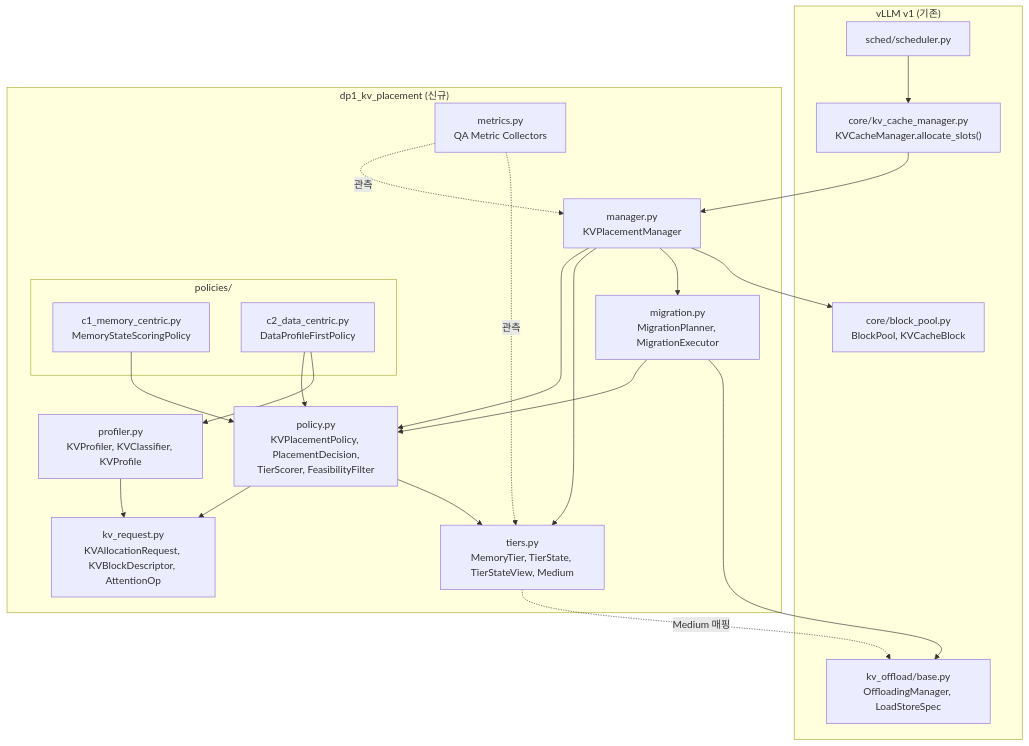
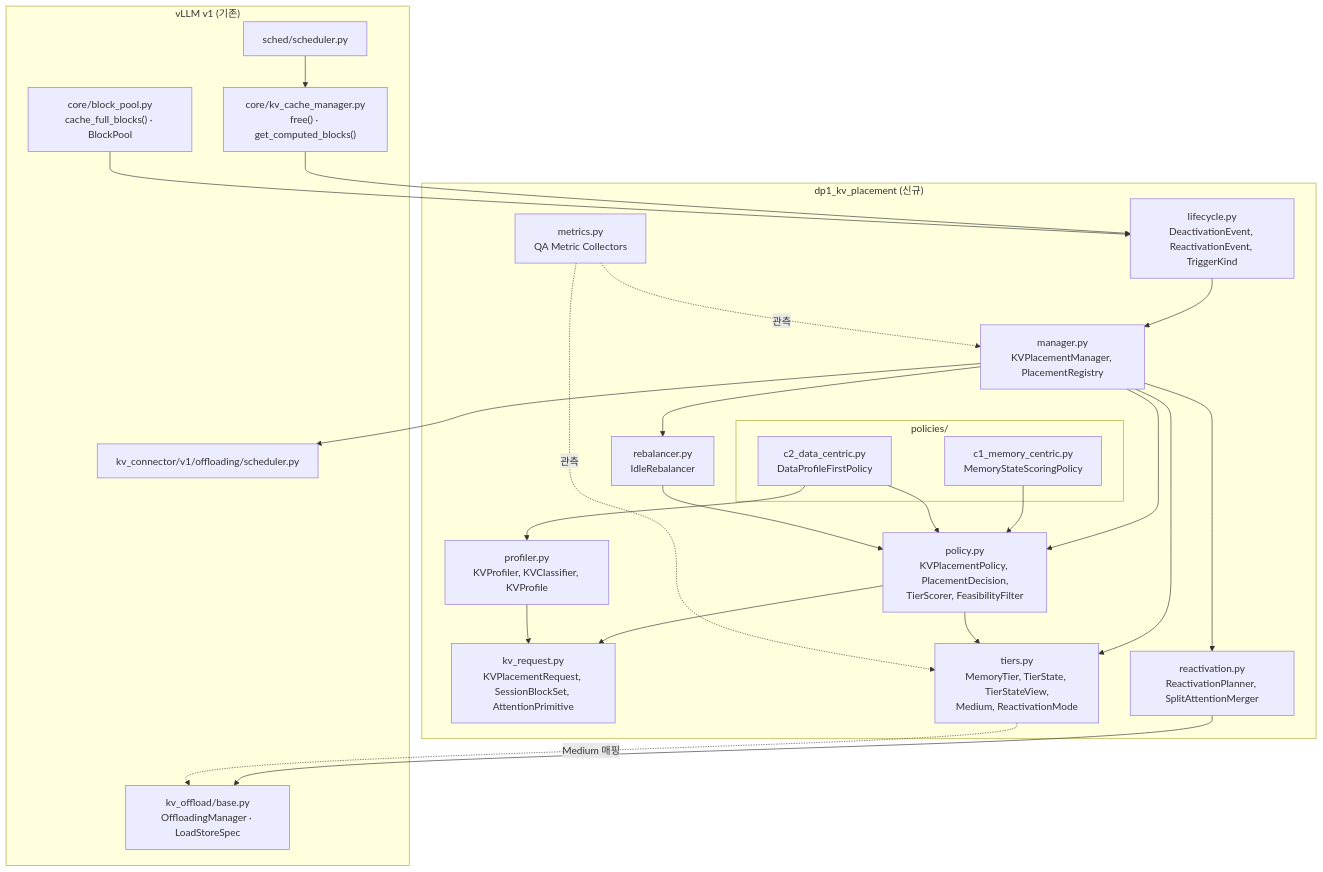
Before and after one commit to mkim0628/vllm: the first of 8 diagrams in doc-architect/dp1-implementation-uml.md, drawn with Mermaid. The commit also changed other lines of this file and 2 other files, not shown here.

````diff
--- a/doc-architect/dp1-implementation-uml.md
+++ b/doc-architect/dp1-implementation-uml.md
@@ -21,41 +22,47 @@
 ```mermaid
 graph TB
     subgraph vllm_v1["vLLM v1 (기존)"]
         sched["sched/scheduler.py"]
-        kvm["core/kv_cache_manager.py<br/>KVCacheManager.allocate_slots()"]
-        bp["core/block_pool.py<br/>BlockPool, KVCacheBlock"]
-        offbase["kv_offload/base.py<br/>OffloadingManager, LoadStoreSpec"]
+        kvm["core/kv_cache_manager.py<br/>free() · get_computed_blocks()"]
+        bp["core/block_pool.py<br/>cache_full_blocks() · BlockPool"]
+        offsched["kv_connector/v1/offloading/scheduler.py"]
+        offbase["kv_offload/base.py<br/>OffloadingManager · LoadStoreSpec"]
     end
 
     subgraph dp1["dp1_kv_placement (신규)"]
-        manager["manager.py<br/>KVPlacementManager"]
-        request["kv_request.py<br/>KVAllocationRequest, KVBlockDescriptor, AttentionOp"]
-        tiers["tiers.py<br/>MemoryTier, TierState, TierStateView, Medium"]
+        lifecycle["lifecycle.py<br/>DeactivationEvent, ReactivationEvent, TriggerKind"]
+        request["kv_request.py<br/>KVPlacementRequest, SessionBlockSet, AttentionPrimitive"]
+        tiers["tiers.py<br/>MemoryTier, TierState, TierStateView,<br/>Medium, ReactivationMode"]
         policy["policy.py<br/>KVPlacementPolicy, PlacementDecision,<br/>TierScorer, FeasibilityFilter"]
         profiler["profiler.py<br/>KVProfiler, KVClassifier, KVProfile"]
-        migration["migration.py<br/>MigrationPlanner, MigrationExecutor"]
+        reactivation["reactivation.py<br/>ReactivationPlanner, SplitAttentionMerger"]
+        rebalancer["rebalancer.py<br/>IdleRebalancer"]
+        manager["manager.py<br/>KVPlacementManager, PlacementRegistry"]
         metrics["metrics.py<br/>QA Metric Collectors"]
         subgraph policies["policies/"]
             c1["c1_memory_centric.py<br/>MemoryStateScoringPolicy"]
             c2["c2_data_centric.py<br/>DataProfileFirstPolicy"]
         end
     end
 
     sched --> kvm
-    kvm --> manager
+    kvm --> lifecycle
+    bp --> lifecycle
+    lifecycle --> manager
     manager --> policy
     manager --> tiers
-    manager --> migration
-    manager --> bp
+    manager --> reactivation
+    manager --> rebalancer
     policy --> request
     policy --> tiers
     c1 --> policy
     c2 --> policy
     c2 --> profiler
     profiler --> request
-    migration --> policy
-    migration --> offbase
+    rebalancer --> policy
+    reactivation --> offbase
+    manager --> offsched
     tiers -.->|Medium 매핑| offbase
     metrics -.->|관측| manager
     metrics -.->|관측| tiers
 ```
````
